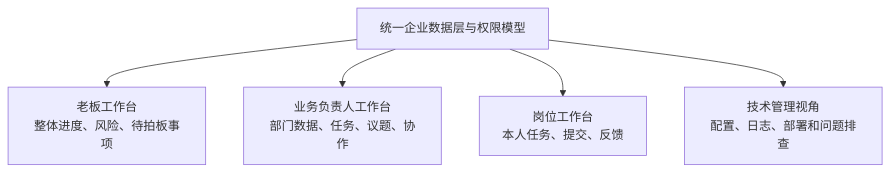
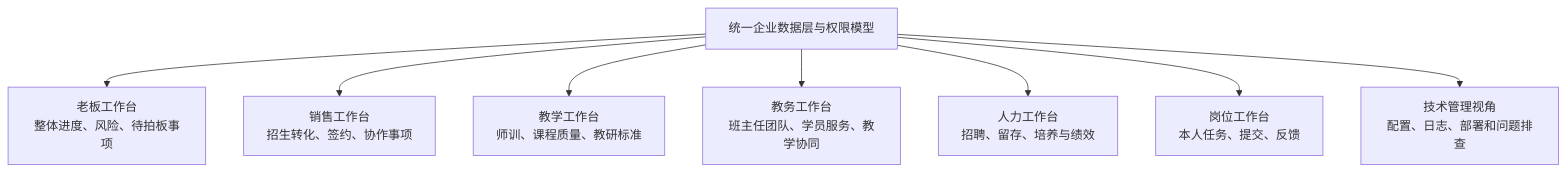
The fifth of 6 diagrams in design/33-企业工作台产品结构与视频交互借鉴讨论整理-2026-05-24.md (jingkai0902-dotcom/tdl-management), drawn with Mermaid before and after one commit. The commit also changed other lines of this file, not shown here.

````diff
--- a/design/33-企业工作台产品结构与视频交互借鉴讨论整理-2026-05-24.md
+++ b/design/33-企业工作台产品结构与视频交互借鉴讨论整理-2026-05-24.md
@@ -174,8 +255,11 @@
 ```mermaid
 flowchart TB
   DB["统一企业数据层与权限模型"]
   DB --> CEO["老板工作台<br/>整体进度、风险、待拍板事项"]
-  DB --> Business["业务负责人工作台<br/>部门数据、任务、议题、协作"]
+  DB --> Sales["销售工作台<br/>招生转化、签约、协作事项"]
+  DB --> Teaching["教学工作台<br/>师训、课程质量、教研标准"]
+  DB --> Academic["教务工作台<br/>班主任团队、学员服务、教学协同"]
+  DB --> HR["人力工作台<br/>招聘、留存、培养与绩效"]
   DB --> Staff["岗位工作台<br/>本人任务、提交、反馈"]
   DB --> Tech["技术管理视角<br/>配置、日志、部署和问题排查"]
 ```
````
